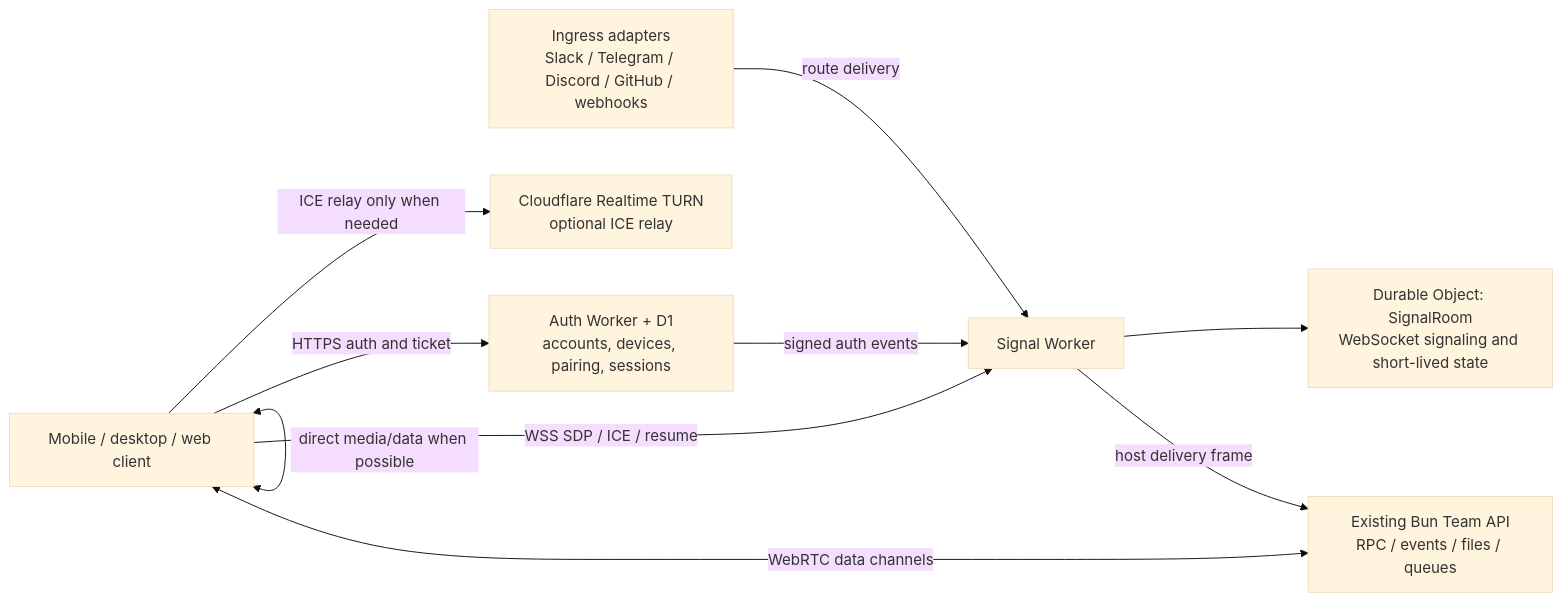
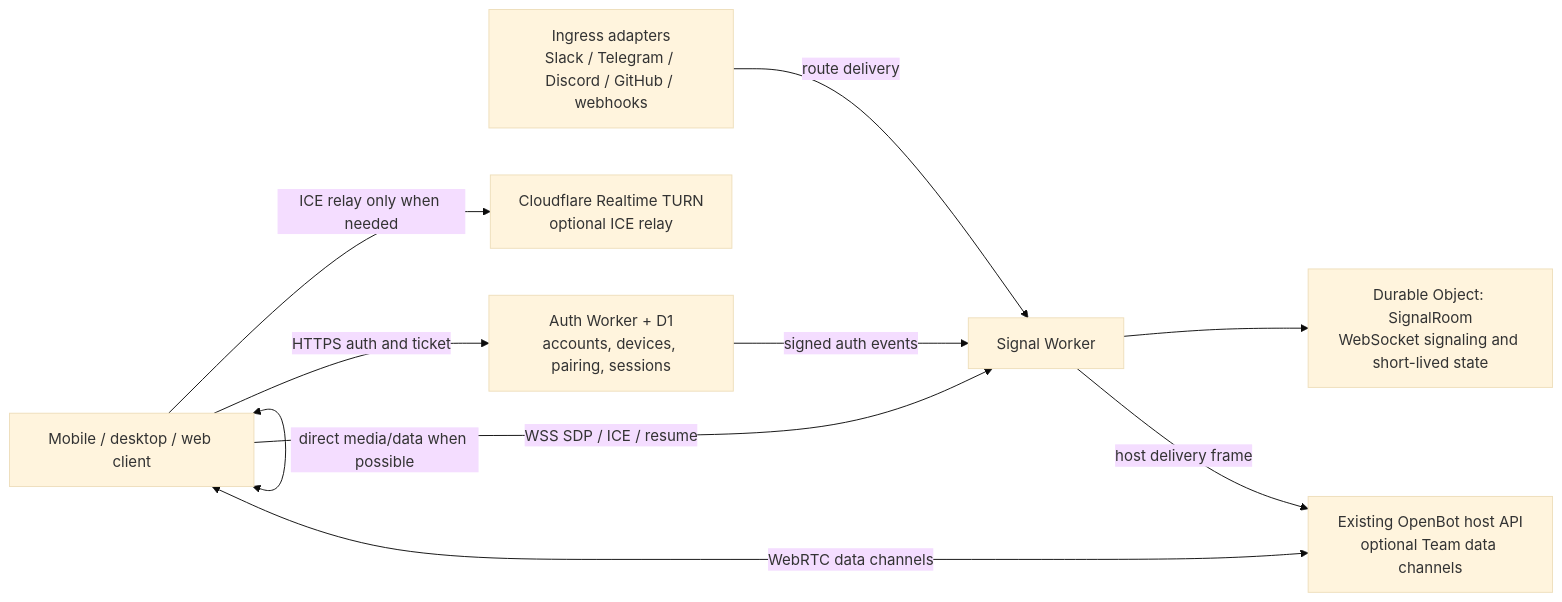
The diagram in docs/architecture/cloudflare-remote-infrastructure.md (okayfine996/openbot), drawn with Mermaid (base theme) before and after one commit. The commit also changed other lines of this file and 4 other files, not shown here.

````diff
--- a/docs/architecture/cloudflare-remote-infrastructure.md
+++ b/docs/architecture/cloudflare-remote-infrastructure.md
@@ -8,19 +8,19 @@
 ```mermaid
 flowchart LR
   C[Mobile / desktop / web client]
   A[Auth Worker + D1\naccounts, devices, pairing, sessions]
   S[Signal Worker]
   D[Durable Object: SignalRoom\nWebSocket signaling and short-lived state]
   T[Cloudflare Realtime TURN\noptional ICE relay]
-  B[Existing Bun Team API\nRPC / events / files / queues]
+  B[Existing OpenBot host API\noptional Team data channels]
   I[Ingress adapters\nSlack / Telegram / Discord / GitHub / webhooks]
   C -->|HTTPS auth and ticket| A
   C <-->|WebRTC data channels| B
   C -->|WSS SDP / ICE / resume| S
   S --> D
   C <-->|direct media/data when possible| C
   C -->|ICE relay only when needed| T
   A -->|signed auth events| S
   I -->|route delivery| S
   S -->|host delivery frame| B
 ```
````
